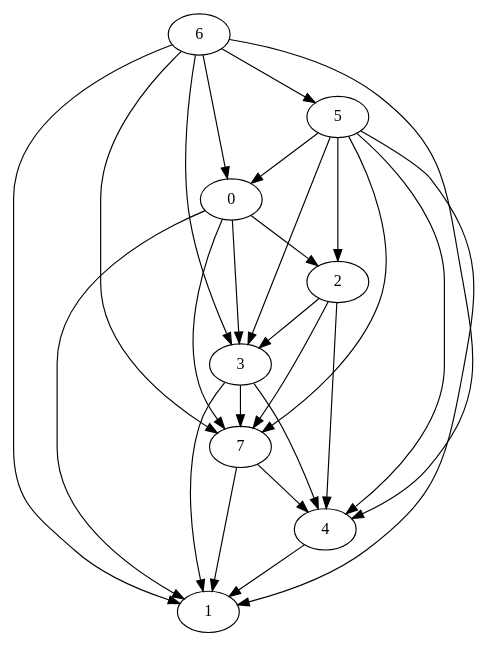
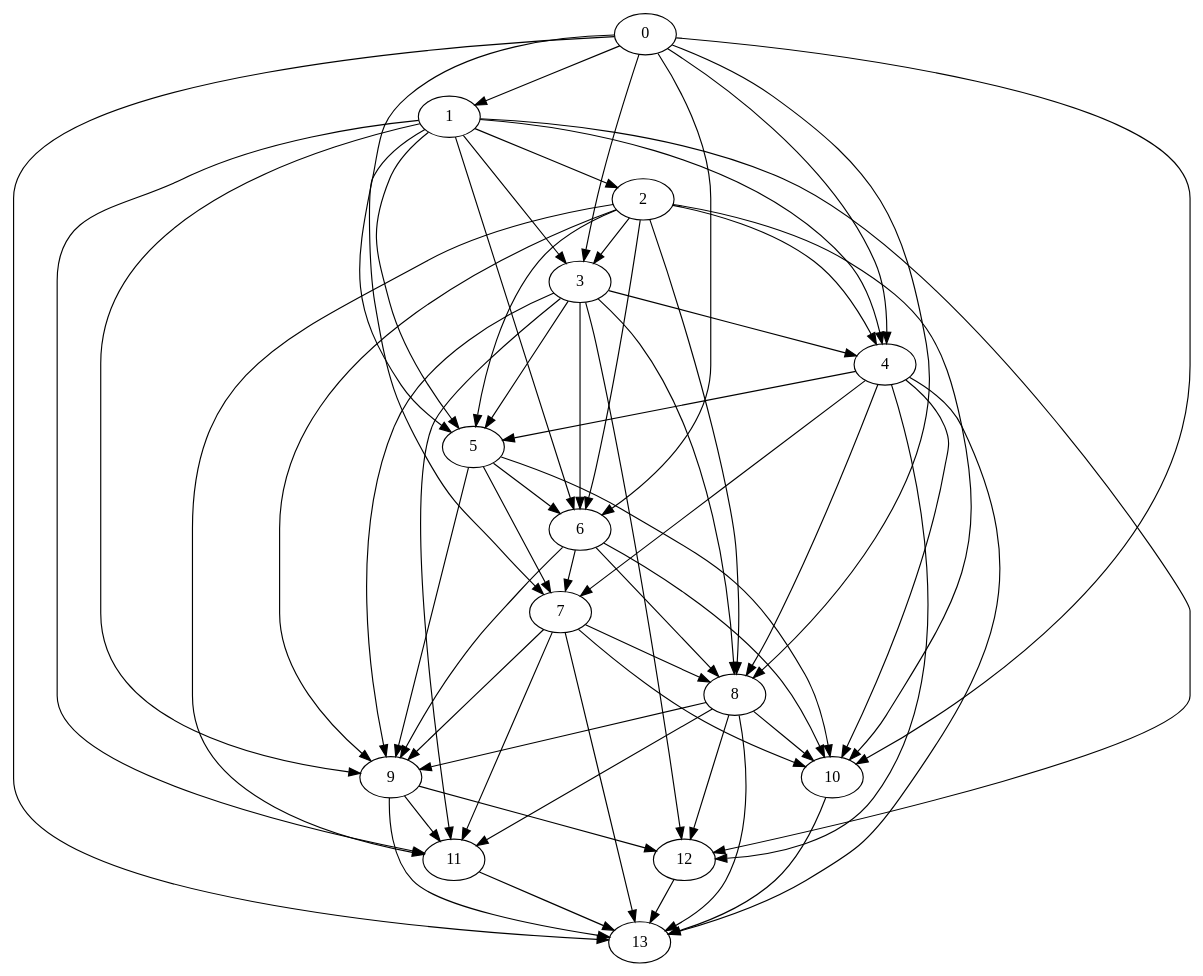
The diagram in src/main/resources/dotfiles/random/Random_Graph.dot (zsuh022/process-scheduler), drawn with Graphviz before and after one commit. The commit also changed 2 other files, not shown here.

```diff
--- a/src/main/resources/dotfiles/random/Random_Graph.dot
+++ b/src/main/resources/dotfiles/random/Random_Graph.dot
@@ -1,35 +1,78 @@
 digraph {
-	"0" ["Weight"=844];
-	"1" ["Weight"=789];
-	"2" ["Weight"=510];
-	"3" ["Weight"=565];
-	"4" ["Weight"=671];
-	"5" ["Weight"=874];
-	"6" ["Weight"=300];
-	"7" ["Weight"=251];
-	"0" -> "1" ["Weight"=891];
-	"2" -> "3" ["Weight"=172];
-	"6" -> "7" ["Weight"=228];
-	"0" -> "2" ["Weight"=617];
-	"2" -> "4" ["Weight"=948];
-	"0" -> "3" ["Weight"=584];
-	"2" -> "7" ["Weight"=268];
-	"0" -> "7" ["Weight"=108];
-	"7" -> "1" ["Weight"=151];
-	"5" -> "0" ["Weight"=959];
-	"5" -> "1" ["Weight"=946];
-	"5" -> "2" ["Weight"=199];
-	"7" -> "4" ["Weight"=490];
-	"3" -> "1" ["Weight"=623];
-	"5" -> "3" ["Weight"=443];
-	"5" -> "4" ["Weight"=277];
-	"3" -> "4" ["Weight"=227];
-	"5" -> "7" ["Weight"=892];
-	"3" -> "7" ["Weight"=103];
-	"6" -> "0" ["Weight"=877];
-	"6" -> "1" ["Weight"=486];
-	"4" -> "1" ["Weight"=628];
-	"6" -> "3" ["Weight"=467];
-	"6" -> "4" ["Weight"=373];
-	"6" -> "5" ["Weight"=326];
+	"11" ["Weight"=729];
+	"12" ["Weight"=362];
+	"13" ["Weight"=571];
+	"0" ["Weight"=617];
+	"1" ["Weight"=925];
+	"2" ["Weight"=896];
+	"3" ["Weight"=686];
+	"4" ["Weight"=451];
+	"5" ["Weight"=425];
+	"6" ["Weight"=808];
+	"7" ["Weight"=157];
+	"8" ["Weight"=983];
+	"9" ["Weight"=979];
+	"10" ["Weight"=954];
+	"0" -> "1" ["Weight"=517];
+	"4" -> "5" ["Weight"=456];
+	"8" -> "9" ["Weight"=289];
+	"0" -> "3" ["Weight"=961];
+	"4" -> "7" ["Weight"=419];
+	"0" -> "4" ["Weight"=467];
+	"4" -> "8" ["Weight"=295];
+	"0" -> "5" ["Weight"=245];
+	"0" -> "6" ["Weight"=744];
+	"0" -> "8" ["Weight"=273];
+	"1" -> "11" ["Weight"=190];
+	"1" -> "12" ["Weight"=927];
+	"3" -> "11" ["Weight"=130];
+	"3" -> "12" ["Weight"=598];
+	"5" -> "10" ["Weight"=888];
+	"12" -> "13" ["Weight"=263];
+	"7" -> "10" ["Weight"=579];
+	"10" -> "13" ["Weight"=509];
+	"7" -> "11" ["Weight"=279];
+	"7" -> "13" ["Weight"=165];
+	"9" -> "11" ["Weight"=615];
+	"9" -> "12" ["Weight"=437];
+	"9" -> "13" ["Weight"=658];
+	"1" -> "2" ["Weight"=608];
+	"5" -> "6" ["Weight"=326];
+	"1" -> "3" ["Weight"=249];
+	"5" -> "7" ["Weight"=626];
+	"1" -> "4" ["Weight"=691];
+	"1" -> "5" ["Weight"=895];
+	"5" -> "9" ["Weight"=279];
+	"1" -> "6" ["Weight"=827];
+	"1" -> "7" ["Weight"=211];
+	"1" -> "9" ["Weight"=524];
+	"2" -> "3" ["Weight"=453];
+	"6" -> "7" ["Weight"=204];
+	"2" -> "4" ["Weight"=441];
+	"6" -> "8" ["Weight"=308];
+	"2" -> "5" ["Weight"=943];
+	"6" -> "9" ["Weight"=487];
+	"2" -> "6" ["Weight"=563];
+	"2" -> "8" ["Weight"=138];
+	"2" -> "9" ["Weight"=765];
+	"0" -> "10" ["Weight"=187];
+	"2" -> "10" ["Weight"=366];
+	"0" -> "13" ["Weight"=159];
+	"2" -> "11" ["Weight"=270];
+	"4" -> "10" ["Weight"=221];
+	"4" -> "12" ["Weight"=909];
+	"6" -> "10" ["Weight"=234];
+	"11" -> "13" ["Weight"=321];
+	"4" -> "13" ["Weight"=238];
+	"8" -> "10" ["Weight"=414];
+	"8" -> "11" ["Weight"=369];
+	"8" -> "12" ["Weight"=226];
+	"8" -> "13" ["Weight"=559];
+	"3" -> "4" ["Weight"=636];
+	"7" -> "8" ["Weight"=132];
+	"3" -> "5" ["Weight"=588];
+	"7" -> "9" ["Weight"=127];
+	"3" -> "6" ["Weight"=905];
+	"3" -> "8" ["Weight"=844];
+	"3" -> "9" ["Weight"=713];
 }
```
